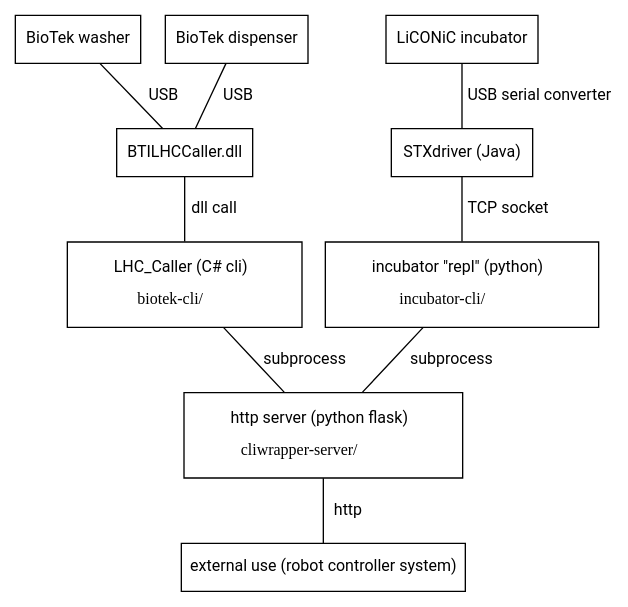
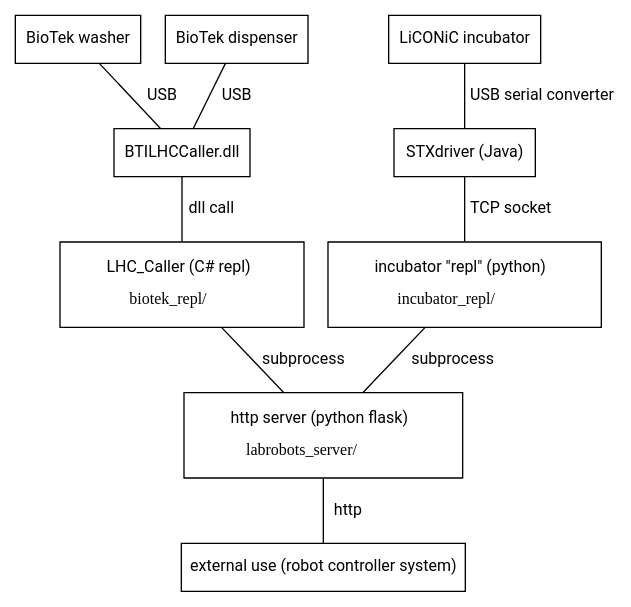
Before and after one commit to pharmbio/robotlab: the diagram in images/overview.dot, drawn with Graphviz. The commit also changed 14 other files, not shown here.

```diff
--- a/images/overview.dot
+++ b/images/overview.dot
@@ -1,37 +1,37 @@
 # Build the svg with:
 # dot overview.dot -Tsvg -o overview.svg
 graph {
     node [fontname="Roboto", fontsize=12]
     edge [fontname="Roboto", fontsize=12]
     node [shape=box]
     wash [label="BioTek washer"]
     disp [label="BioTek dispenser"]
     incu [label="LiCONiC incubator"]
     rank=same {wash; disp; incu}
     dll [label="BTILHCCaller.dll"]
-    biotek_cli [label=<
-        LHC_Caller (C# cli)
+    biotek_repl [label=<
+        LHC_Caller (C# repl)
         <BR/><BR/>
-        <FONT FACE="Consolas">biotek-cli/</FONT>
+        <FONT FACE="Consolas">biotek_repl/</FONT>
     >, margin=0.2]
-    cliwrapper_server [label=<
+    labrobots_server [label=<
         http server (python flask)
         <BR/><BR/>
-        <FONT FACE="Consolas">cliwrapper-server/</FONT>
+        <FONT FACE="Consolas">labrobots_server/</FONT>
     >, margin=0.2]
     incu_java [label="STXdriver (Java)"]
-    incu_cli [label=<
+    incu_repl [label=<
         incubator "repl" (python)
         <BR/><BR/>
-        <FONT FACE="Consolas">incubator-cli/</FONT>
+        <FONT FACE="Consolas">incubator_repl/</FONT>
     >, margin=0.2]
     wash -- dll [label="   USB"]
     disp -- dll [label="   USB"]
-    dll -- biotek_cli [label="  dll call"]
-    biotek_cli -- cliwrapper_server [label="  subprocess"]
+    dll -- biotek_repl [label="  dll call"]
+    biotek_repl -- labrobots_server [label="  subprocess"]
     incu -- incu_java [label="  USB serial converter"]
-    incu_java -- incu_cli [label="  TCP socket"]
+    incu_java -- incu_repl [label="  TCP socket"]
     controller [label="external use (robot controller system)"]
-    incu_cli -- cliwrapper_server [label="    subprocess"]
-    cliwrapper_server -- controller [label="   http"]
+    incu_repl -- labrobots_server [label="    subprocess"]
+    labrobots_server -- controller [label="   http"]
 }
```
